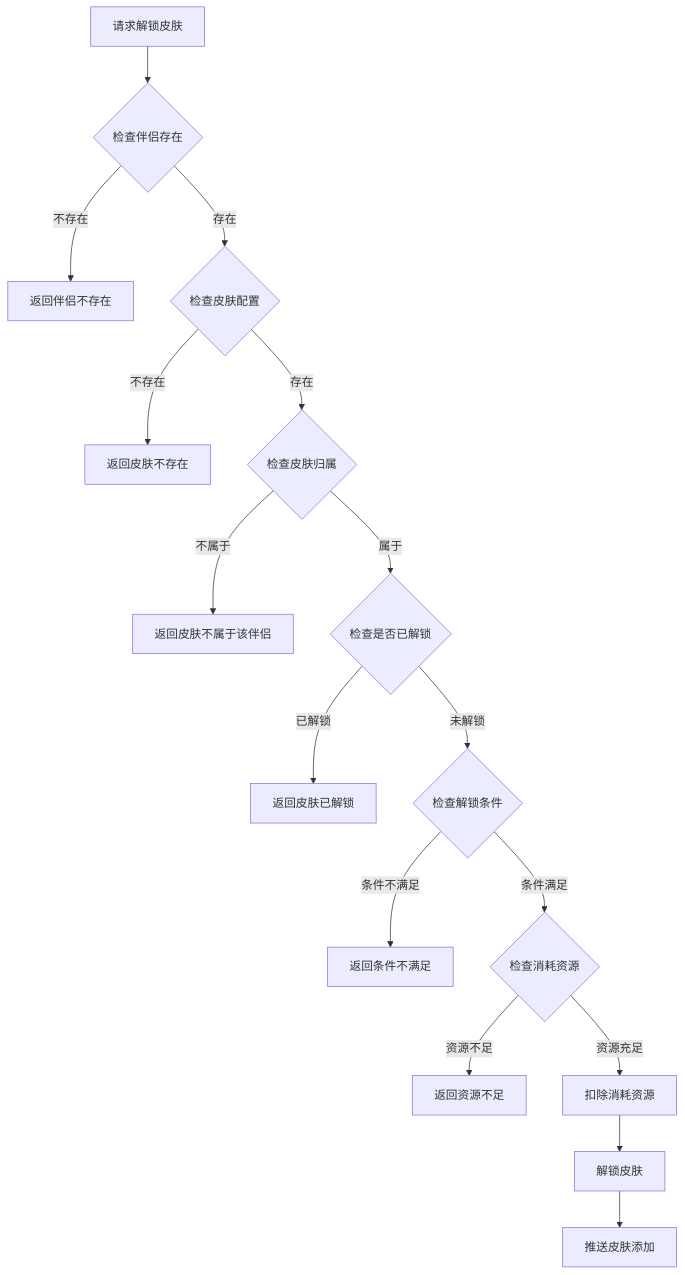
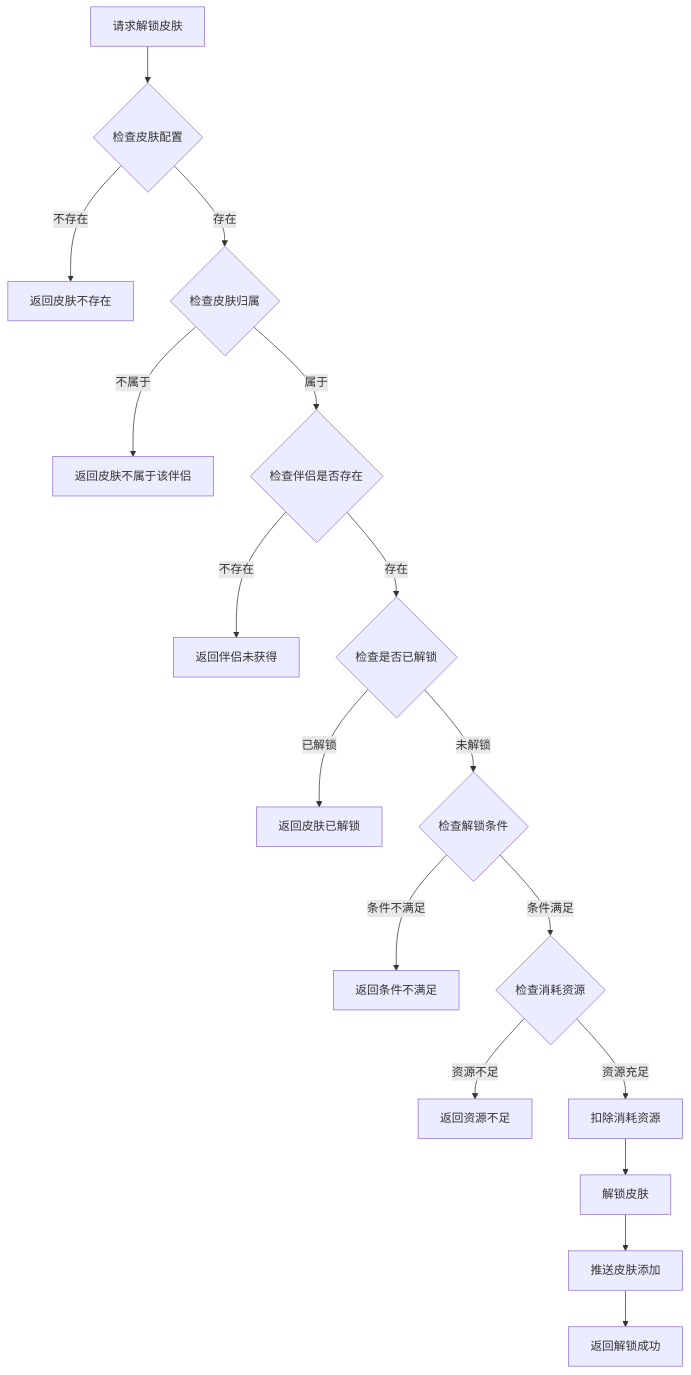
One commit to Alan-Ben/k2c_game_framework changed the second of 5 diagrams in docs/Module_Consort/05_完整说明.md. Above: the diagram before and after it, drawn with Mermaid. The commit also changed other lines of this file and 5 other files, not shown here.

````diff
--- a/docs/Module_Consort/05_完整说明.md
+++ b/docs/Module_Consort/05_完整说明.md
@@ -120,18 +126,19 @@
 ```mermaid
 flowchart TD
-    A[请求解锁皮肤] --> B{检查伴侣存在}
-    B -->|不存在| C[返回伴侣不存在]
-    B -->|存在| D{检查皮肤配置}
-    D -->|不存在| E[返回皮肤不存在]
-    D -->|存在| F{检查皮肤归属}
-    F -->|不属于| G[返回皮肤不属于该伴侣]
-    F -->|属于| H{检查是否已解锁}
+    A[请求解锁皮肤] --> B{检查皮肤配置}
+    B -->|不存在| C[返回皮肤不存在]
+    B -->|存在| D{检查皮肤归属}
+    D -->|不属于| E[返回皮肤不属于该伴侣]
+    D -->|属于| F{检查伴侣是否存在}
+    F -->|不存在| G[返回伴侣未获得]
+    F -->|存在| H{检查是否已解锁}
     H -->|已解锁| I[返回皮肤已解锁]
     H -->|未解锁| J{检查解锁条件}
     J -->|条件不满足| K[返回条件不满足]
     J -->|条件满足| L{检查消耗资源}
     L -->|资源不足| M[返回资源不足]
     L -->|资源充足| N[扣除消耗资源]
     N --> O[解锁皮肤]
     O --> P[推送皮肤添加]
+    P --> Q[返回解锁成功]
 ```
````
